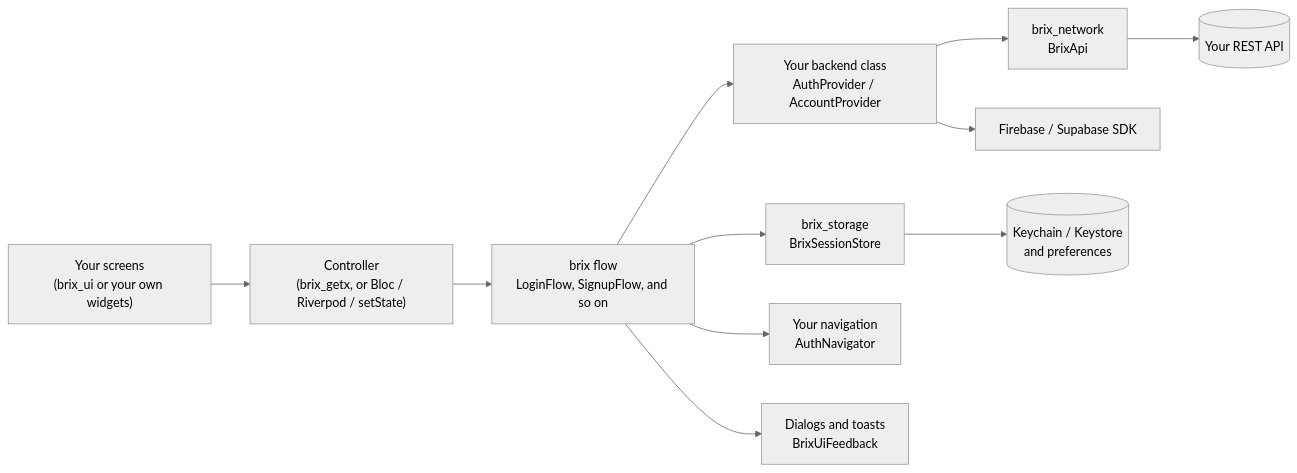
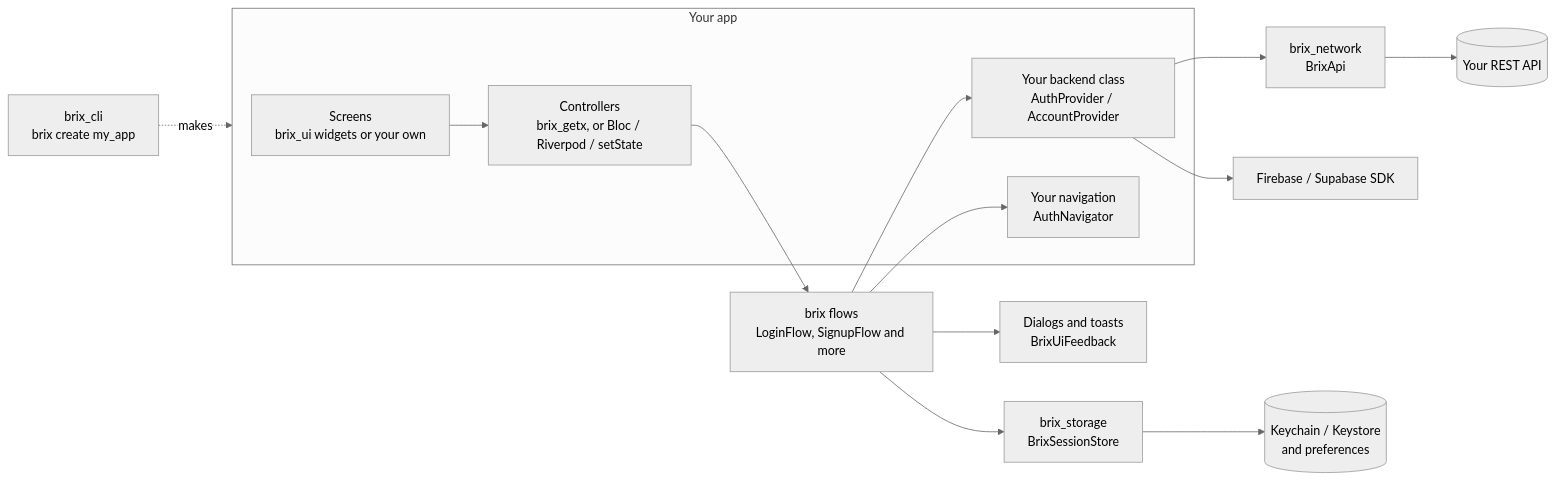
Before and after one commit to mrubaz/brix: the diagram in README.md, drawn with Mermaid (neutral theme). The commit also changed other lines of this file and 6 other files, not shown here.

````diff
--- a/README.md
+++ b/README.md
@@ -44,13 +353,20 @@
 ```mermaid
 flowchart LR
-    UI["Your screens<br/>(brix_ui or your own widgets)"] --> C["Controller<br/>(brix_getx, or Bloc / Riverpod / setState)"]
-    C --> F["brix flow<br/>LoginFlow, SignupFlow, and so on"]
-    F --> A["Your backend class<br/>AuthProvider / AccountProvider"]
+    CLI["brix_cli<br/>brix create my_app"] -. makes .-> APP
+    subgraph APP["Your app"]
+        UI["Screens<br/>brix_ui widgets or your own"]
+        C["Controllers<br/>brix_getx, or Bloc / Riverpod / setState"]
+        A["Your backend class<br/>AuthProvider / AccountProvider"]
+        NAV["Your navigation<br/>AuthNavigator"]
+    end
+    UI --> C
+    C --> F["brix flows<br/>LoginFlow, SignupFlow and more"]
+    F --> A
+    F --> NAV
+    F --> FB["Dialogs and toasts<br/>BrixUiFeedback"]
+    F --> ST["brix_storage<br/>BrixSessionStore"]
     A --> N["brix_network<br/>BrixApi"]
     A --> S["Firebase / Supabase SDK"]
     N --> B[("Your REST API")]
-    F --> ST["brix_storage<br/>BrixSessionStore"]
     ST --> K[("Keychain / Keystore<br/>and preferences")]
-    F --> NAV["Your navigation<br/>AuthNavigator"]
-    F --> FB["Dialogs and toasts<br/>BrixUiFeedback"]
 ```
````
